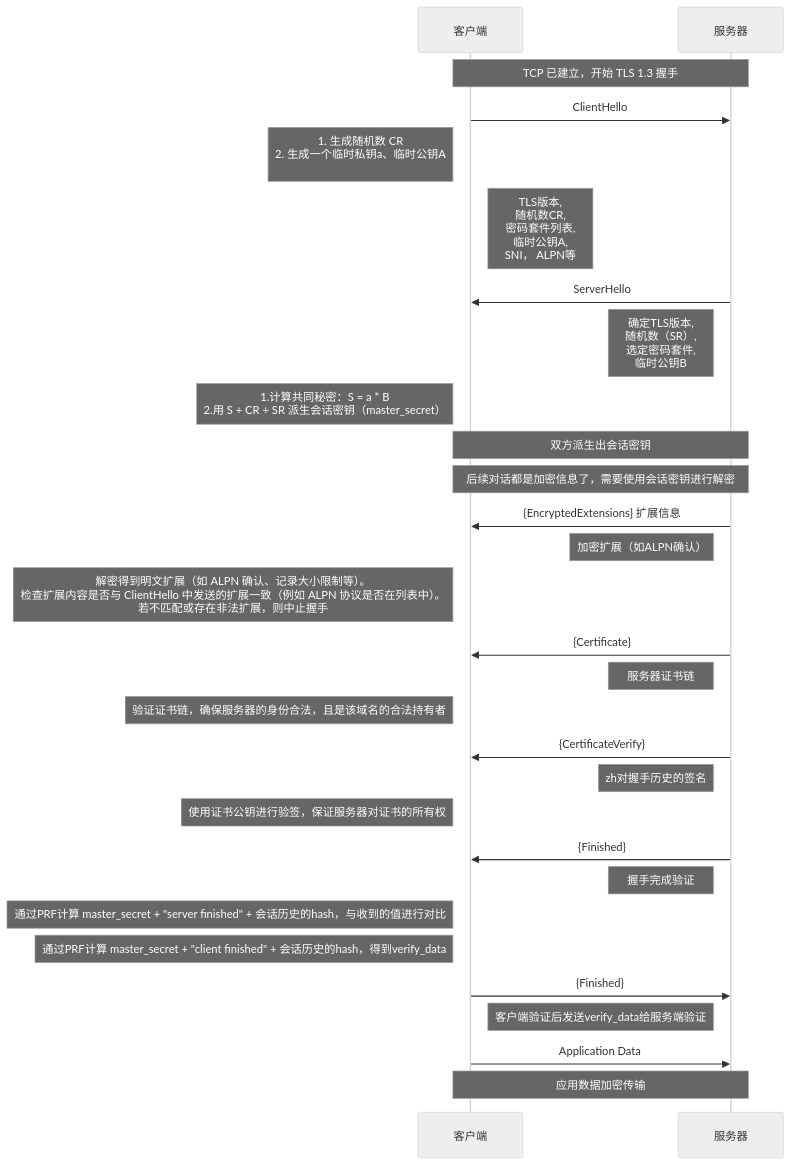
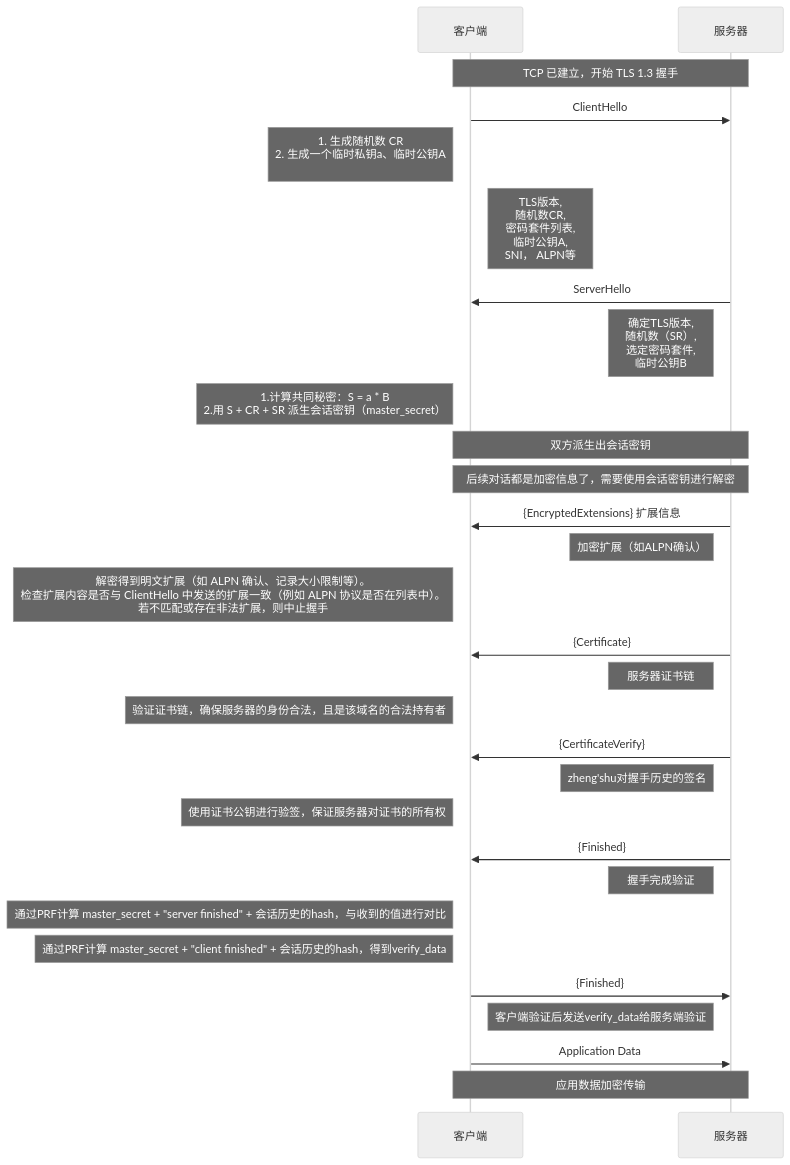
The diagram in all/TLS-1.3-通用.md (HY-10-8/iodraw-files), drawn with Mermaid (neutral theme) before and after one commit.

Commit message:
2026-03-31 10:15:49 update

````diff
--- a/all/TLS-1.3-通用.md
+++ b/all/TLS-1.3-通用.md
@@ -1,41 +1,41 @@
 ```mermaid
 sequenceDiagram
     participant C as 客户端
     participant S as 服务器
 
     Note over C,S: TCP 已建立，开始 TLS 1.3 握手
 
     C->>S: ClientHello
     Note left of C: 1. 生成随机数 CR<br/> 2. 生成一个临时私钥a、临时公钥A<br/>
     Note right of C: TLS版本,<br/> 随机数CR,<br/> 密码套件列表,<br/> 临时公钥A,<br/> SNI， ALPN等
 
     S->>C: ServerHello
     Note left of S: 确定TLS版本, <br/>随机数（SR）,<br/> 选定密码套件, <br/>临时公钥B
     Note left of C: 1.计算共同秘密：S = a * B<br/> 2.用 S + CR + SR 派生会话密钥（master_secret）
 
     Note over C,S: 双方派生出会话密钥
     Note over C,S: 后续对话都是加密信息了，需要使用会话密钥进行解密
 
     S->>C: {EncryptedExtensions} 扩展信息
     Note left of S: 加密扩展（如ALPN确认）
     Note left of C: 解密得到明文扩展（如 ALPN 确认、记录大小限制等）。<br/>检查扩展内容是否与 ClientHello 中发送的扩展一致（例如 ALPN 协议是否在列表中）。<br/> 若不匹配或存在非法扩展，则中止握手
 
     S->>C: {Certificate}
     Note left of S: 服务器证书链
     Note left of C: 验证证书链，确保服务器的身份合法，且是该域名的合法持有者
 
     S->>C: {CertificateVerify}
-    Note left of S: zh对握手历史的签名
+    Note left of S: zheng'shu对握手历史的签名
     Note left of C: 使用证书公钥进行验签，保证服务器对证书的所有权
 
     S->>C: {Finished}
     Note left of S: 握手完成验证
     Note left of C: 通过PRF计算 master_secret + "server finished" + 会话历史的hash，与收到的值进行对比
     Note left of C: 通过PRF计算 master_secret + "client finished" + 会话历史的hash，得到verify_data
 
     C->>S: {Finished}
     Note right of C: 客户端验证后发送verify_data给服务端验证
 
     C->>S: Application Data
     Note over C,S: 应用数据加密传输
 ```
````
